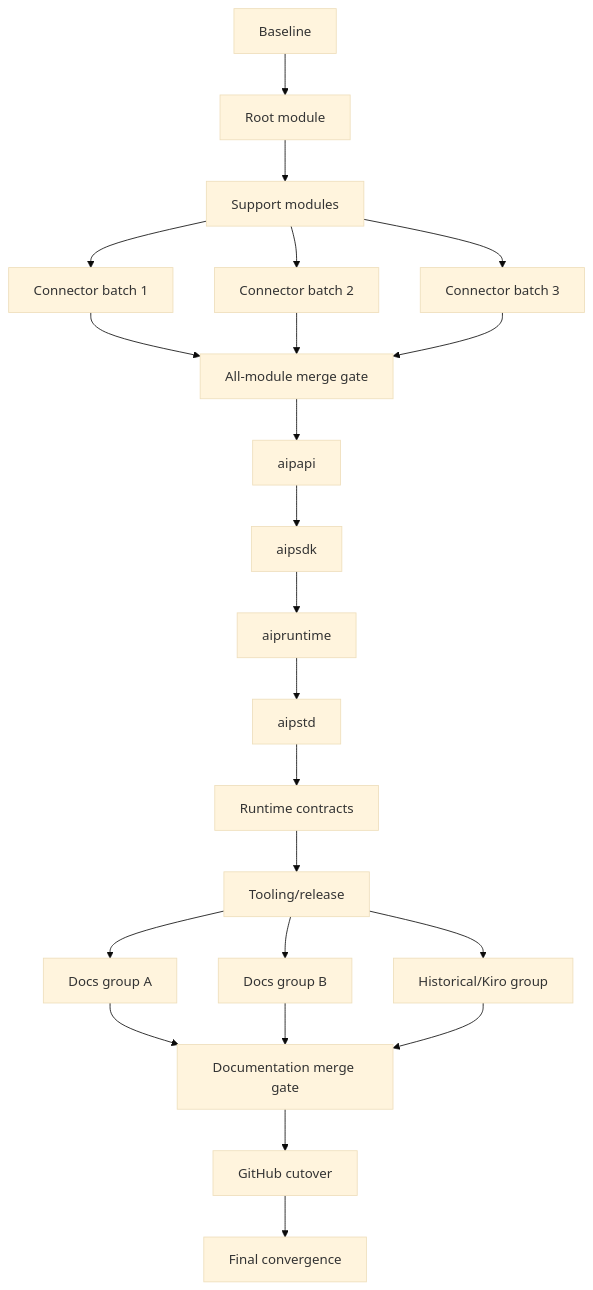
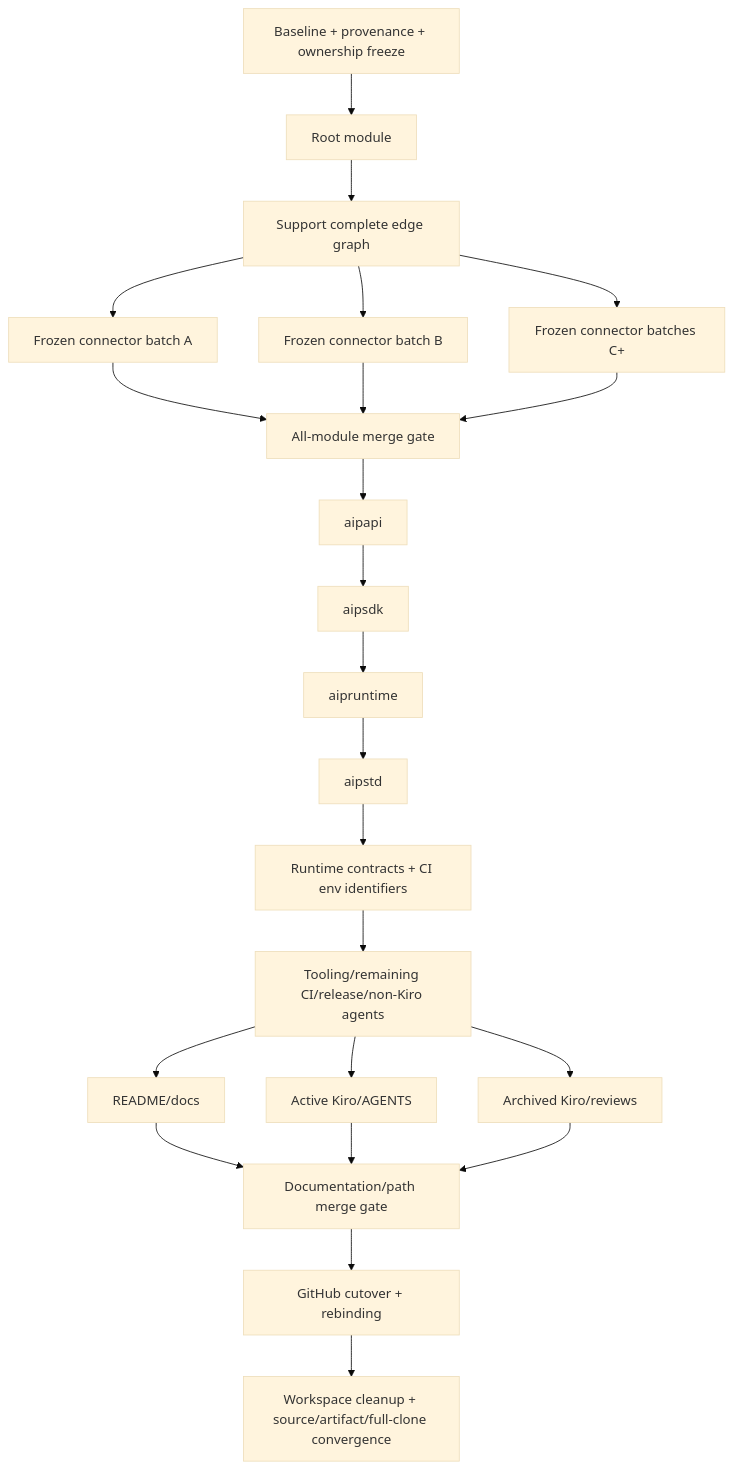
One commit to matdev83/go-llm-interactive-proxy changed the fifth of 5 diagrams in .kiro/specs/aiproxer-complete-rebranding/design.md. Above: the diagram before and after it, drawn with Mermaid (base theme). The commit also changed other lines of this file, not shown here.

````diff
--- a/.kiro/specs/aiproxer-complete-rebranding/design.md
+++ b/.kiro/specs/aiproxer-complete-rebranding/design.md
@@ -495,25 +639,25 @@
 ```mermaid
 flowchart TD
-    A[Baseline] --> B[Root module]
-    B --> C[Support modules]
-    C --> D1[Connector batch 1]
-    C --> D2[Connector batch 2]
-    C --> D3[Connector batch 3]
+    A[Baseline + provenance + ownership freeze] --> B[Root module]
+    B --> C[Support complete edge graph]
+    C --> D1[Frozen connector batch A]
+    C --> D2[Frozen connector batch B]
+    C --> D3[Frozen connector batches C+]
     D1 --> DM[All-module merge gate]
     D2 --> DM
     D3 --> DM
     DM --> E[aipapi]
     E --> F[aipsdk]
     F --> G[aipruntime]
     G --> H[aipstd]
-    H --> I[Runtime contracts]
-    I --> J[Tooling/release]
-    J --> K1[Docs group A]
-    J --> K2[Docs group B]
-    J --> K3[Historical/Kiro group]
-    K1 --> KM[Documentation merge gate]
+    H --> I[Runtime contracts + CI env identifiers]
+    I --> J[Tooling/remaining CI/release/non-Kiro agents]
+    J --> K1[README/docs]
+    J --> K2[Active Kiro/AGENTS]
+    J --> K3[Archived Kiro/reviews]
+    K1 --> KM[Documentation/path merge gate]
     K2 --> KM
     K3 --> KM
-    KM --> L[GitHub cutover]
-    L --> M[Final convergence]
+    KM --> L[GitHub cutover + rebinding]
+    L --> M[Workspace cleanup + source/artifact/full-clone convergence]
 ```
````
